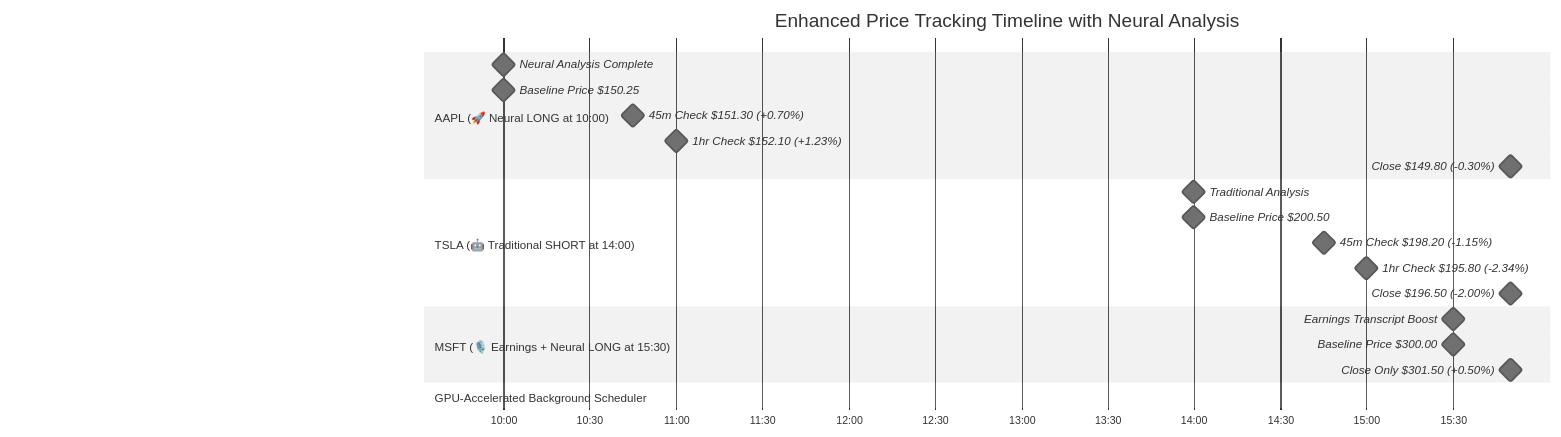
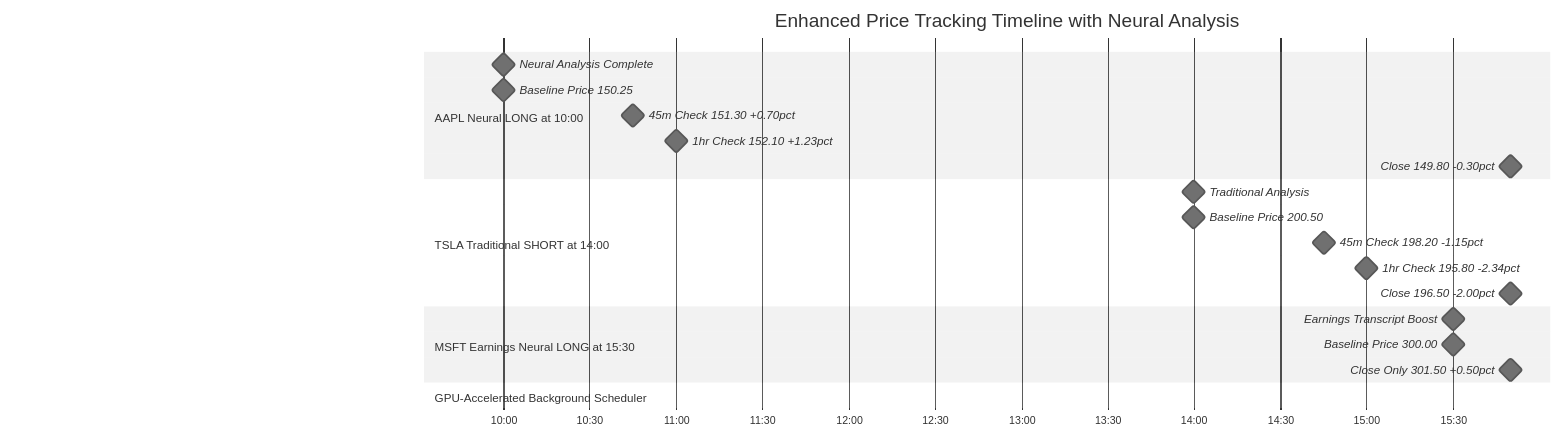
The sixth of 11 diagrams in news_cruncher/README.md (jaygasi/news_analyzer), drawn with Mermaid (neutral theme) before and after one commit. The commit also changed other lines of this file and 6 other files, not shown here.

````diff
--- a/news_cruncher/README.md
+++ b/news_cruncher/README.md
@@ -458,28 +409,28 @@
 ```mermaid
 gantt
     title Enhanced Price Tracking Timeline with Neural Analysis
     dateFormat  HH:mm
     axisFormat %H:%M
     
-    section AAPL (🚀 Neural LONG at 10:00)
+    section AAPL Neural LONG at 10:00
     Neural Analysis Complete    :milestone, n1, 10:00, 0m
-    Baseline Price $150.25      :milestone, m1, 10:00, 0m
-    45m Check $151.30 (+0.70%)  :milestone, m2, 10:45, 0m
-    1hr Check $152.10 (+1.23%)  :milestone, m3, 11:00, 0m
-    Close $149.80 (-0.30%)      :milestone, m4, 15:50, 0m
+    Baseline Price 150.25       :milestone, m1, 10:00, 0m
+    45m Check 151.30 +0.70pct   :milestone, m2, 10:45, 0m
+    1hr Check 152.10 +1.23pct   :milestone, m3, 11:00, 0m
+    Close 149.80 -0.30pct       :milestone, m4, 15:50, 0m
     
-    section TSLA (🤖 Traditional SHORT at 14:00)
+    section TSLA Traditional SHORT at 14:00
     Traditional Analysis        :milestone, t0, 14:00, 0m
-    Baseline Price $200.50      :milestone, t1, 14:00, 0m
-    45m Check $198.20 (-1.15%)  :milestone, t2, 14:45, 0m
-    1hr Check $195.80 (-2.34%)  :milestone, t3, 15:00, 0m
-    Close $196.50 (-2.00%)      :milestone, t4, 15:50, 0m
+    Baseline Price 200.50       :milestone, t1, 14:00, 0m
+    45m Check 198.20 -1.15pct   :milestone, t2, 14:45, 0m
+    1hr Check 195.80 -2.34pct   :milestone, t3, 15:00, 0m
+    Close 196.50 -2.00pct       :milestone, t4, 15:50, 0m
     
-    section MSFT (🎙️ Earnings + Neural LONG at 15:30)
+    section MSFT Earnings Neural LONG at 15:30
     Earnings Transcript Boost   :milestone, ms0, 15:30, 0m
-    Baseline Price $300.00      :milestone, ms1, 15:30, 0m
-    Close Only $301.50 (+0.50%) :milestone, ms2, 15:50, 0m
+    Baseline Price 300.00       :milestone, ms1, 15:30, 0m
+    Close Only 301.50 +0.50pct  :milestone, ms2, 15:50, 0m
     
     section GPU-Accelerated Background Scheduler
     Enhanced Monitoring         :active, sched, 10:00, 06:00
 ```
````
